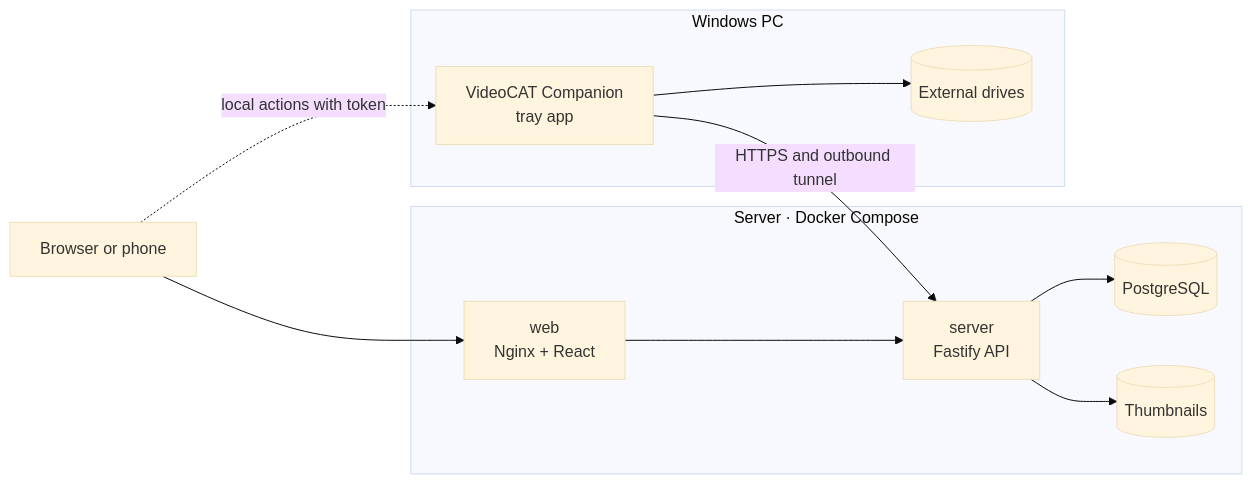
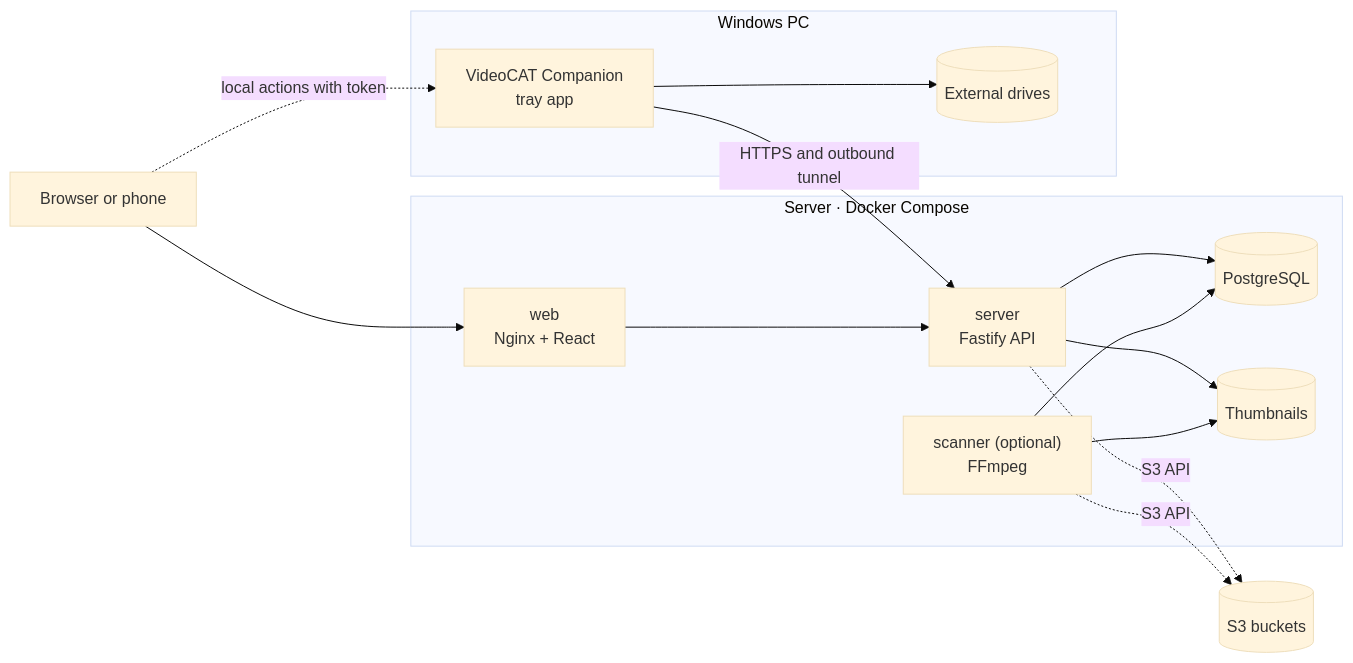
One commit to reiterstahl/videocat changed the diagram in README.md. Above: the diagram before and after it, drawn with Mermaid (base theme). The commit also changed other lines of this file and 12 other files, not shown here.

````diff
--- a/README.md
+++ b/README.md
@@ -50,14 +50,18 @@
 ```mermaid
 flowchart LR
   browser["Browser or phone"] --> web
   subgraph server_host["Server · Docker Compose"]
     web["web<br/>Nginx + React"] --> api["server<br/>Fastify API"]
     api --> db[("PostgreSQL")]
     api --> thumbs[("Thumbnails")]
+    scanner["scanner (optional)<br/>FFmpeg"] --> db
+    scanner --> thumbs
   end
+  api -. "S3 API" .-> buckets[("S3 buckets")]
+  scanner -. "S3 API" .-> buckets
   subgraph windows["Windows PC"]
     companion["VideoCAT Companion<br/>tray app"] --> disks[("External drives")]
   end
   companion -- "HTTPS and outbound tunnel" --> api
   browser -. "local actions with token" .-> companion
 ```
````
